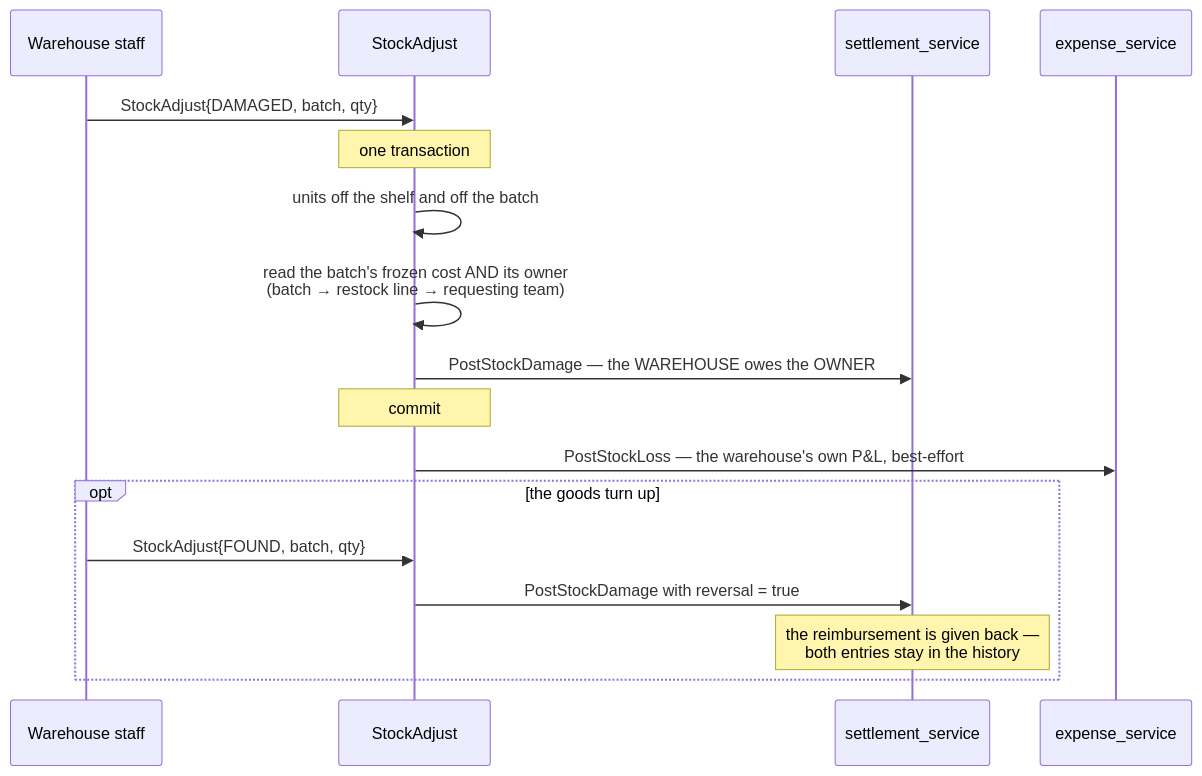
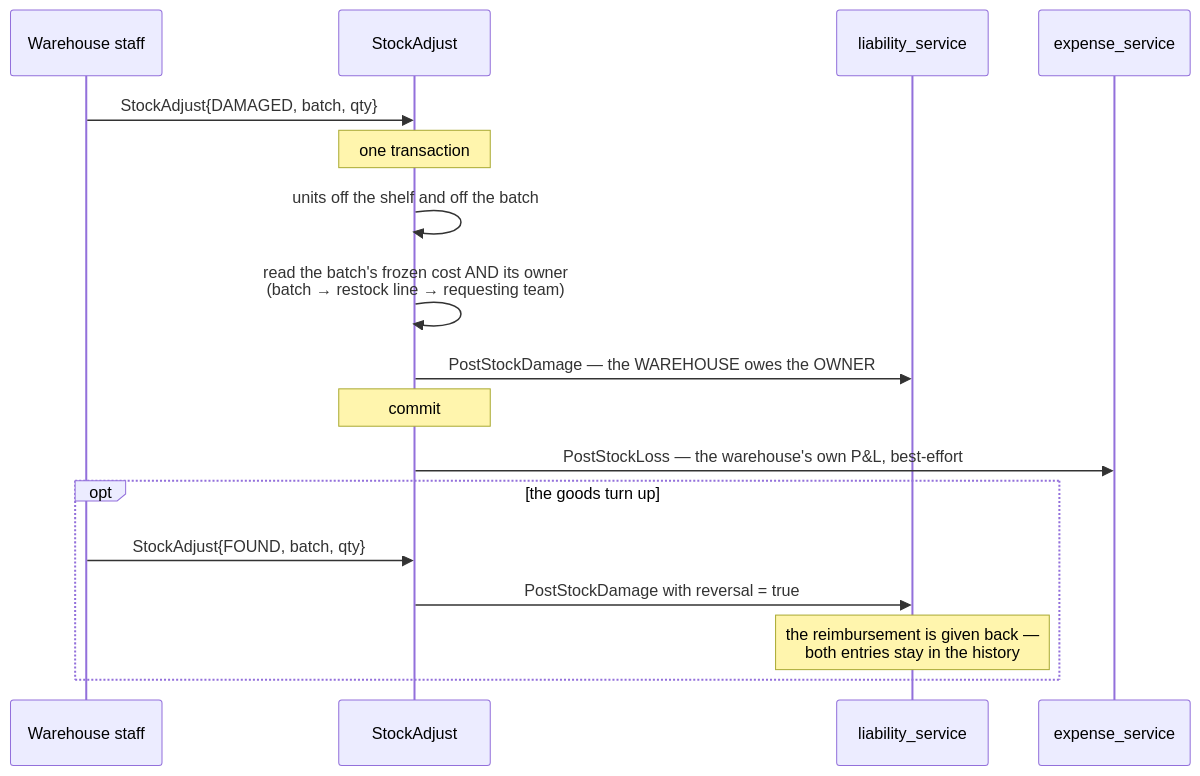
Before and after one commit to pdcgo/warehouse_revamp: diagram 11 of 11 in docs/services/inventory_service/rpc.md, drawn with Mermaid. The commit also changed other lines of this file and 221 other files, not shown here.

````diff
--- a/docs/services/inventory_service/rpc.md
+++ b/docs/services/inventory_service/rpc.md
@@ -665,21 +665,21 @@
 ```mermaid
 sequenceDiagram
     participant W as Warehouse staff
     participant I as StockAdjust
-    participant S as settlement_service
+    participant S as liability_service
     participant E as expense_service
 
     W->>I: StockAdjust{DAMAGED, batch, qty}
     Note over I: one transaction
     I->>I: units off the shelf and off the batch
     I->>I: read the batch's frozen cost AND its owner<br/>(batch → restock line → requesting team)
     I->>S: PostStockDamage — the WAREHOUSE owes the OWNER
     Note over I: commit
     I->>E: PostStockLoss — the warehouse's own P&L, best-effort
 
     opt the goods turn up
         W->>I: StockAdjust{FOUND, batch, qty}
         I->>S: PostStockDamage with reversal = true
         Note over S: the reimbursement is given back —<br/>both entries stay in the history
     end
 ```
````
